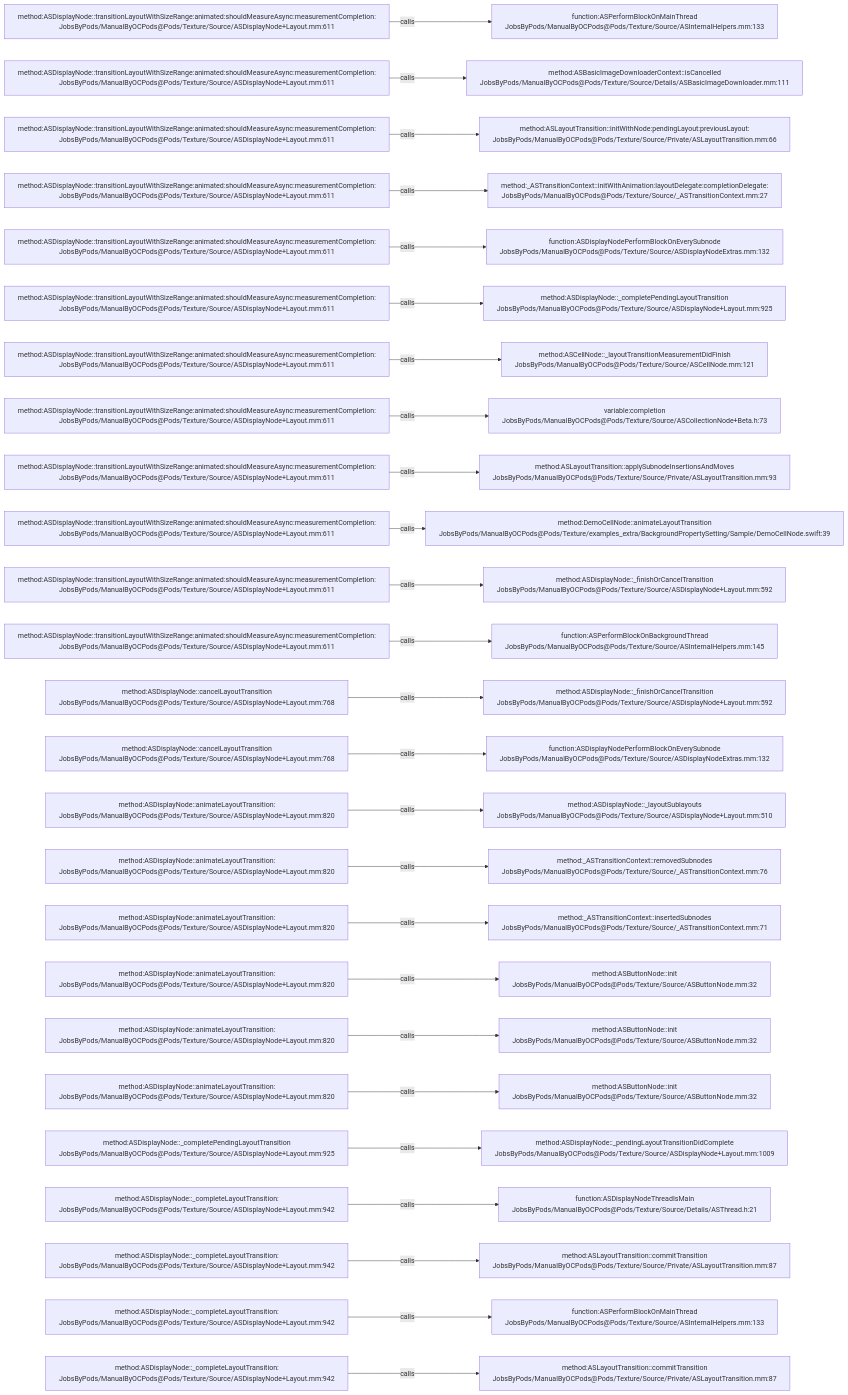
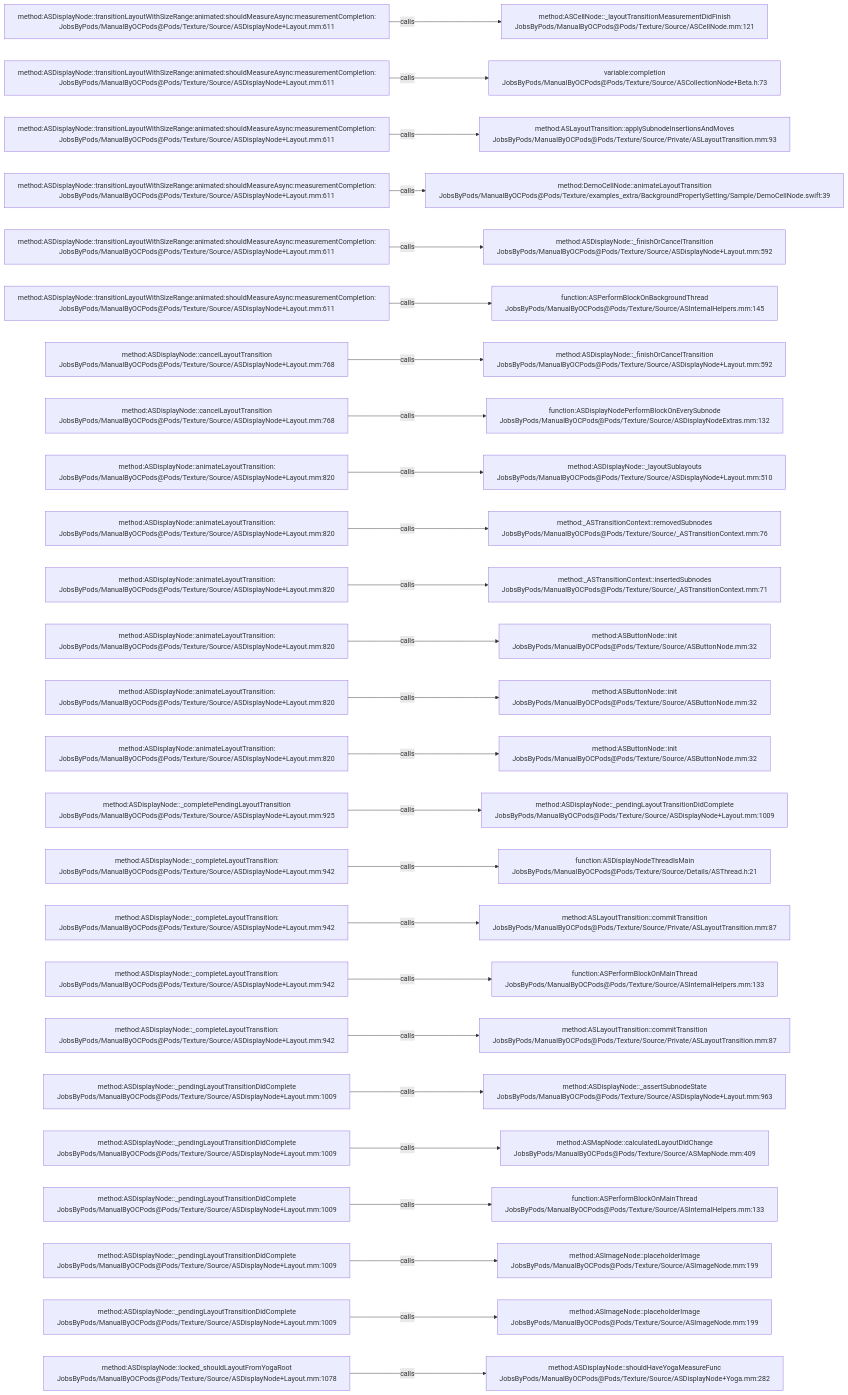
The diagram in .codegraph/codegraph.md/graphs/calls-085.md (JobsKits/JobsOCBaseConfigDemo), drawn with Mermaid before and after one commit. The commit also changed 666 other files, not shown here.

````diff
--- a/.codegraph/codegraph.md/graphs/calls-085.md
+++ b/.codegraph/codegraph.md/graphs/calls-085.md
@@ -13,78 +13,78 @@
 ```mermaid
 flowchart LR
   S1["method:ASDisplayNode::transitionLayoutWithSizeRange:animated:shouldMeasureAsync:measurementCompletion:<br/>JobsByPods/ManualByOCPods@Pods/Texture/Source/ASDisplayNode+Layout.mm:611"]
-  T1["function:ASPerformBlockOnMainThread<br/>JobsByPods/ManualByOCPods@Pods/Texture/Source/ASInternalHelpers.mm:133"]
+  T1["method:ASCellNode::_layoutTransitionMeasurementDidFinish<br/>JobsByPods/ManualByOCPods@Pods/Texture/Source/ASCellNode.mm:121"]
   S1 -->|calls| T1
   S2["method:ASDisplayNode::transitionLayoutWithSizeRange:animated:shouldMeasureAsync:measurementCompletion:<br/>JobsByPods/ManualByOCPods@Pods/Texture/Source/ASDisplayNode+Layout.mm:611"]
-  T2["method:ASBasicImageDownloaderContext::isCancelled<br/>JobsByPods/ManualByOCPods@Pods/Texture/Source/Details/ASBasicImageDownloader.mm:111"]
+  T2["variable:completion<br/>JobsByPods/ManualByOCPods@Pods/Texture/Source/ASCollectionNode+Beta.h:73"]
   S2 -->|calls| T2
   S3["method:ASDisplayNode::transitionLayoutWithSizeRange:animated:shouldMeasureAsync:measurementCompletion:<br/>JobsByPods/ManualByOCPods@Pods/Texture/Source/ASDisplayNode+Layout.mm:611"]
-  T3["method:ASLayoutTransition::initWithNode:pendingLayout:previousLayout:<br/>JobsByPods/ManualByOCPods@Pods/Texture/Source/Private/ASLayoutTransition.mm:66"]
+  T3["method:ASLayoutTransition::applySubnodeInsertionsAndMoves<br/>JobsByPods/ManualByOCPods@Pods/Texture/Source/Private/ASLayoutTransition.mm:93"]
   S3 -->|calls| T3
   S4["method:ASDisplayNode::transitionLayoutWithSizeRange:animated:shouldMeasureAsync:measurementCompletion:<br/>JobsByPods/ManualByOCPods@Pods/Texture/Source/ASDisplayNode+Layout.mm:611"]
-  T4["method:_ASTransitionContext::initWithAnimation:layoutDelegate:completionDelegate:<br/>JobsByPods/ManualByOCPods@Pods/Texture/Source/_ASTransitionContext.mm:27"]
+  T4["method:DemoCellNode::animateLayoutTransition<br/>JobsByPods/ManualByOCPods@Pods/Texture/examples_extra/BackgroundPropertySetting/Sample/DemoCellNode.swift:39"]
   S4 -->|calls| T4
   S5["method:ASDisplayNode::transitionLayoutWithSizeRange:animated:shouldMeasureAsync:measurementCompletion:<br/>JobsByPods/ManualByOCPods@Pods/Texture/Source/ASDisplayNode+Layout.mm:611"]
-  T5["function:ASDisplayNodePerformBlockOnEverySubnode<br/>JobsByPods/ManualByOCPods@Pods/Texture/Source/ASDisplayNodeExtras.mm:132"]
+  T5["method:ASDisplayNode::_finishOrCancelTransition<br/>JobsByPods/ManualByOCPods@Pods/Texture/Source/ASDisplayNode+Layout.mm:592"]
   S5 -->|calls| T5
   S6["method:ASDisplayNode::transitionLayoutWithSizeRange:animated:shouldMeasureAsync:measurementCompletion:<br/>JobsByPods/ManualByOCPods@Pods/Texture/Source/ASDisplayNode+Layout.mm:611"]
-  T6["method:ASDisplayNode::_completePendingLayoutTransition<br/>JobsByPods/ManualByOCPods@Pods/Texture/Source/ASDisplayNode+Layout.mm:925"]
+  T6["function:ASPerformBlockOnBackgroundThread<br/>JobsByPods/ManualByOCPods@Pods/Texture/Source/ASInternalHelpers.mm:145"]
   S6 -->|calls| T6
-  S7["method:ASDisplayNode::transitionLayoutWithSizeRange:animated:shouldMeasureAsync:measurementCompletion:<br/>JobsByPods/ManualByOCPods@Pods/Texture/Source/ASDisplayNode+Layout.mm:611"]
-  T7["method:ASCellNode::_layoutTransitionMeasurementDidFinish<br/>JobsByPods/ManualByOCPods@Pods/Texture/Source/ASCellNode.mm:121"]
+  S7["method:ASDisplayNode::cancelLayoutTransition<br/>JobsByPods/ManualByOCPods@Pods/Texture/Source/ASDisplayNode+Layout.mm:768"]
+  T7["method:ASDisplayNode::_finishOrCancelTransition<br/>JobsByPods/ManualByOCPods@Pods/Texture/Source/ASDisplayNode+Layout.mm:592"]
   S7 -->|calls| T7
-  S8["method:ASDisplayNode::transitionLayoutWithSizeRange:animated:shouldMeasureAsync:measurementCompletion:<br/>JobsByPods/ManualByOCPods@Pods/Texture/Source/ASDisplayNode+Layout.mm:611"]
-  T8["variable:completion<br/>JobsByPods/ManualByOCPods@Pods/Texture/Source/ASCollectionNode+Beta.h:73"]
+  S8["method:ASDisplayNode::cancelLayoutTransition<br/>JobsByPods/ManualByOCPods@Pods/Texture/Source/ASDisplayNode+Layout.mm:768"]
+  T8["function:ASDisplayNodePerformBlockOnEverySubnode<br/>JobsByPods/ManualByOCPods@Pods/Texture/Source/ASDisplayNodeExtras.mm:132"]
   S8 -->|calls| T8
-  S9["method:ASDisplayNode::transitionLayoutWithSizeRange:animated:shouldMeasureAsync:measurementCompletion:<br/>JobsByPods/ManualByOCPods@Pods/Texture/Source/ASDisplayNode+Layout.mm:611"]
-  T9["method:ASLayoutTransition::applySubnodeInsertionsAndMoves<br/>JobsByPods/ManualByOCPods@Pods/Texture/Source/Private/ASLayoutTransition.mm:93"]
+  S9["method:ASDisplayNode::animateLayoutTransition:<br/>JobsByPods/ManualByOCPods@Pods/Texture/Source/ASDisplayNode+Layout.mm:820"]
+  T9["method:ASDisplayNode::_layoutSublayouts<br/>JobsByPods/ManualByOCPods@Pods/Texture/Source/ASDisplayNode+Layout.mm:510"]
   S9 -->|calls| T9
-  S10["method:ASDisplayNode::transitionLayoutWithSizeRange:animated:shouldMeasureAsync:measurementCompletion:<br/>JobsByPods/ManualByOCPods@Pods/Texture/Source/ASDisplayNode+Layout.mm:611"]
-  T10["method:DemoCellNode::animateLayoutTransition<br/>JobsByPods/ManualByOCPods@Pods/Texture/examples_extra/BackgroundPropertySetting/Sample/DemoCellNode.swift:39"]
+  S10["method:ASDisplayNode::animateLayoutTransition:<br/>JobsByPods/ManualByOCPods@Pods/Texture/Source/ASDisplayNode+Layout.mm:820"]
+  T10["method:_ASTransitionContext::removedSubnodes<br/>JobsByPods/ManualByOCPods@Pods/Texture/Source/_ASTransitionContext.mm:76"]
   S10 -->|calls| T10
-  S11["method:ASDisplayNode::transitionLayoutWithSizeRange:animated:shouldMeasureAsync:measurementCompletion:<br/>JobsByPods/ManualByOCPods@Pods/Texture/Source/ASDisplayNode+Layout.mm:611"]
-  T11["method:ASDisplayNode::_finishOrCancelTransition<br/>JobsByPods/ManualByOCPods@Pods/Texture/Source/ASDisplayNode+Layout.mm:592"]
+  S11["method:ASDisplayNode::animateLayoutTransition:<br/>JobsByPods/ManualByOCPods@Pods/Texture/Source/ASDisplayNode+Layout.mm:820"]
+  T11["method:_ASTransitionContext::insertedSubnodes<br/>JobsByPods/ManualByOCPods@Pods/Texture/Source/_ASTransitionContext.mm:71"]
   S11 -->|calls| T11
-  S12["method:ASDisplayNode::transitionLayoutWithSizeRange:animated:shouldMeasureAsync:measurementCompletion:<br/>JobsByPods/ManualByOCPods@Pods/Texture/Source/ASDisplayNode+Layout.mm:611"]
-  T12["function:ASPerformBlockOnBackgroundThread<br/>JobsByPods/ManualByOCPods@Pods/Texture/Source/ASInternalHelpers.mm:145"]
+  S12["method:ASDisplayNode::animateLayoutTransition:<br/>JobsByPods/ManualByOCPods@Pods/Texture/Source/ASDisplayNode+Layout.mm:820"]
+  T12["method:ASButtonNode::init<br/>JobsByPods/ManualByOCPods@Pods/Texture/Source/ASButtonNode.mm:32"]
   S12 -->|calls| T12
-  S13["method:ASDisplayNode::cancelLayoutTransition<br/>JobsByPods/ManualByOCPods@Pods/Texture/Source/ASDisplayNode+Layout.mm:768"]
-  T13["method:ASDisplayNode::_finishOrCancelTransition<br/>JobsByPods/ManualByOCPods@Pods/Texture/Source/ASDisplayNode+Layout.mm:592"]
+  S13["method:ASDisplayNode::animateLayoutTransition:<br/>JobsByPods/ManualByOCPods@Pods/Texture/Source/ASDisplayNode+Layout.mm:820"]
+  T13["method:ASButtonNode::init<br/>JobsByPods/ManualByOCPods@Pods/Texture/Source/ASButtonNode.mm:32"]
   S13 -->|calls| T13
-  S14["method:ASDisplayNode::cancelLayoutTransition<br/>JobsByPods/ManualByOCPods@Pods/Texture/Source/ASDisplayNode+Layout.mm:768"]
-  T14["function:ASDisplayNodePerformBlockOnEverySubnode<br/>JobsByPods/ManualByOCPods@Pods/Texture/Source/ASDisplayNodeExtras.mm:132"]
+  S14["method:ASDisplayNode::animateLayoutTransition:<br/>JobsByPods/ManualByOCPods@Pods/Texture/Source/ASDisplayNode+Layout.mm:820"]
+  T14["method:ASButtonNode::init<br/>JobsByPods/ManualByOCPods@Pods/Texture/Source/ASButtonNode.mm:32"]
   S14 -->|calls| T14
-  S15["method:ASDisplayNode::animateLayoutTransition:<br/>JobsByPods/ManualByOCPods@Pods/Texture/Source/ASDisplayNode+Layout.mm:820"]
-  T15["method:ASDisplayNode::_layoutSublayouts<br/>JobsByPods/ManualByOCPods@Pods/Texture/Source/ASDisplayNode+Layout.mm:510"]
+  S15["method:ASDisplayNode::_completePendingLayoutTransition<br/>JobsByPods/ManualByOCPods@Pods/Texture/Source/ASDisplayNode+Layout.mm:925"]
+  T15["method:ASDisplayNode::_pendingLayoutTransitionDidComplete<br/>JobsByPods/ManualByOCPods@Pods/Texture/Source/ASDisplayNode+Layout.mm:1009"]
   S15 -->|calls| T15
-  S16["method:ASDisplayNode::animateLayoutTransition:<br/>JobsByPods/ManualByOCPods@Pods/Texture/Source/ASDisplayNode+Layout.mm:820"]
-  T16["method:_ASTransitionContext::removedSubnodes<br/>JobsByPods/ManualByOCPods@Pods/Texture/Source/_ASTransitionContext.mm:76"]
+  S16["method:ASDisplayNode::_completeLayoutTransition:<br/>JobsByPods/ManualByOCPods@Pods/Texture/Source/ASDisplayNode+Layout.mm:942"]
+  T16["function:ASDisplayNodeThreadIsMain<br/>JobsByPods/ManualByOCPods@Pods/Texture/Source/Details/ASThread.h:21"]
   S16 -->|calls| T16
-  S17["method:ASDisplayNode::animateLayoutTransition:<br/>JobsByPods/ManualByOCPods@Pods/Texture/Source/ASDisplayNode+Layout.mm:820"]
-  T17["method:_ASTransitionContext::insertedSubnodes<br/>JobsByPods/ManualByOCPods@Pods/Texture/Source/_ASTransitionContext.mm:71"]
+  S17["method:ASDisplayNode::_completeLayoutTransition:<br/>JobsByPods/ManualByOCPods@Pods/Texture/Source/ASDisplayNode+Layout.mm:942"]
+  T17["method:ASLayoutTransition::commitTransition<br/>JobsByPods/ManualByOCPods@Pods/Texture/Source/Private/ASLayoutTransition.mm:87"]
   S17 -->|calls| T17
-  S18["method:ASDisplayNode::animateLayoutTransition:<br/>JobsByPods/ManualByOCPods@Pods/Texture/Source/ASDisplayNode+Layout.mm:820"]
-  T18["method:ASButtonNode::init<br/>JobsByPods/ManualByOCPods@Pods/Texture/Source/ASButtonNode.mm:32"]
+  S18["method:ASDisplayNode::_completeLayoutTransition:<br/>JobsByPods/ManualByOCPods@Pods/Texture/Source/ASDisplayNode+Layout.mm:942"]
+  T18["function:ASPerformBlockOnMainThread<br/>JobsByPods/ManualByOCPods@Pods/Texture/Source/ASInternalHelpers.mm:133"]
   S18 -->|calls| T18
-  S19["method:ASDisplayNode::animateLayoutTransition:<br/>JobsByPods/ManualByOCPods@Pods/Texture/Source/ASDisplayNode+Layout.mm:820"]
-  T19["method:ASButtonNode::init<br/>JobsByPods/ManualByOCPods@Pods/Texture/Source/ASButtonNode.mm:32"]
+  S19["method:ASDisplayNode::_completeLayoutTransition:<br/>JobsByPods/ManualByOCPods@Pods/Texture/Source/ASDisplayNode+Layout.mm:942"]
+  T19["method:ASLayoutTransition::commitTransition<br/>JobsByPods/ManualByOCPods@Pods/Texture/Source/Private/ASLayoutTransition.mm:87"]
   S19 -->|calls| T19
-  S20["method:ASDisplayNode::animateLayoutTransition:<br/>JobsByPods/ManualByOCPods@Pods/Texture/Source/ASDisplayNode+Layout.mm:820"]
-  T20["method:ASButtonNode::init<br/>JobsByPods/ManualByOCPods@Pods/Texture/Source/ASButtonNode.mm:32"]
+  S20["method:ASDisplayNode::_pendingLayoutTransitionDidComplete<br/>JobsByPods/ManualByOCPods@Pods/Texture/Source/ASDisplayNode+Layout.mm:1009"]
+  T20["method:ASDisplayNode::_assertSubnodeState<br/>JobsByPods/ManualByOCPods@Pods/Texture/Source/ASDisplayNode+Layout.mm:963"]
   S20 -->|calls| T20
-  S21["method:ASDisplayNode::_completePendingLayoutTransition<br/>JobsByPods/ManualByOCPods@Pods/Texture/Source/ASDisplayNode+Layout.mm:925"]
-  T21["method:ASDisplayNode::_pendingLayoutTransitionDidComplete<br/>JobsByPods/ManualByOCPods@Pods/Texture/Source/ASDisplayNode+Layout.mm:1009"]
+  S21["method:ASDisplayNode::_pendingLayoutTransitionDidComplete<br/>JobsByPods/ManualByOCPods@Pods/Texture/Source/ASDisplayNode+Layout.mm:1009"]
+  T21["method:ASMapNode::calculatedLayoutDidChange<br/>JobsByPods/ManualByOCPods@Pods/Texture/Source/ASMapNode.mm:409"]
   S21 -->|calls| T21
-  S22["method:ASDisplayNode::_completeLayoutTransition:<br/>JobsByPods/ManualByOCPods@Pods/Texture/Source/ASDisplayNode+Layout.mm:942"]
-  T22["function:ASDisplayNodeThreadIsMain<br/>JobsByPods/ManualByOCPods@Pods/Texture/Source/Details/ASThread.h:21"]
+  S22["method:ASDisplayNode::_pendingLayoutTransitionDidComplete<br/>JobsByPods/ManualByOCPods@Pods/Texture/Source/ASDisplayNode+Layout.mm:1009"]
+  T22["function:ASPerformBlockOnMainThread<br/>JobsByPods/ManualByOCPods@Pods/Texture/Source/ASInternalHelpers.mm:133"]
   S22 -->|calls| T22
-  S23["method:ASDisplayNode::_completeLayoutTransition:<br/>JobsByPods/ManualByOCPods@Pods/Texture/Source/ASDisplayNode+Layout.mm:942"]
-  T23["method:ASLayoutTransition::commitTransition<br/>JobsByPods/ManualByOCPods@Pods/Texture/Source/Private/ASLayoutTransition.mm:87"]
+  S23["method:ASDisplayNode::_pendingLayoutTransitionDidComplete<br/>JobsByPods/ManualByOCPods@Pods/Texture/Source/ASDisplayNode+Layout.mm:1009"]
+  T23["method:ASImageNode::placeholderImage<br/>JobsByPods/ManualByOCPods@Pods/Texture/Source/ASImageNode.mm:199"]
   S23 -->|calls| T23
-  S24["method:ASDisplayNode::_completeLayoutTransition:<br/>JobsByPods/ManualByOCPods@Pods/Texture/Source/ASDisplayNode+Layout.mm:942"]
-  T24["function:ASPerformBlockOnMainThread<br/>JobsByPods/ManualByOCPods@Pods/Texture/Source/ASInternalHelpers.mm:133"]
+  S24["method:ASDisplayNode::_pendingLayoutTransitionDidComplete<br/>JobsByPods/ManualByOCPods@Pods/Texture/Source/ASDisplayNode+Layout.mm:1009"]
+  T24["method:ASImageNode::placeholderImage<br/>JobsByPods/ManualByOCPods@Pods/Texture/Source/ASImageNode.mm:199"]
   S24 -->|calls| T24
-  S25["method:ASDisplayNode::_completeLayoutTransition:<br/>JobsByPods/ManualByOCPods@Pods/Texture/Source/ASDisplayNode+Layout.mm:942"]
-  T25["method:ASLayoutTransition::commitTransition<br/>JobsByPods/ManualByOCPods@Pods/Texture/Source/Private/ASLayoutTransition.mm:87"]
+  S25["method:ASDisplayNode::locked_shouldLayoutFromYogaRoot<br/>JobsByPods/ManualByOCPods@Pods/Texture/Source/ASDisplayNode+Layout.mm:1078"]
+  T25["method:ASDisplayNode::shouldHaveYogaMeasureFunc<br/>JobsByPods/ManualByOCPods@Pods/Texture/Source/ASDisplayNode+Yoga.mm:282"]
   S25 -->|calls| T25
 ```
````
